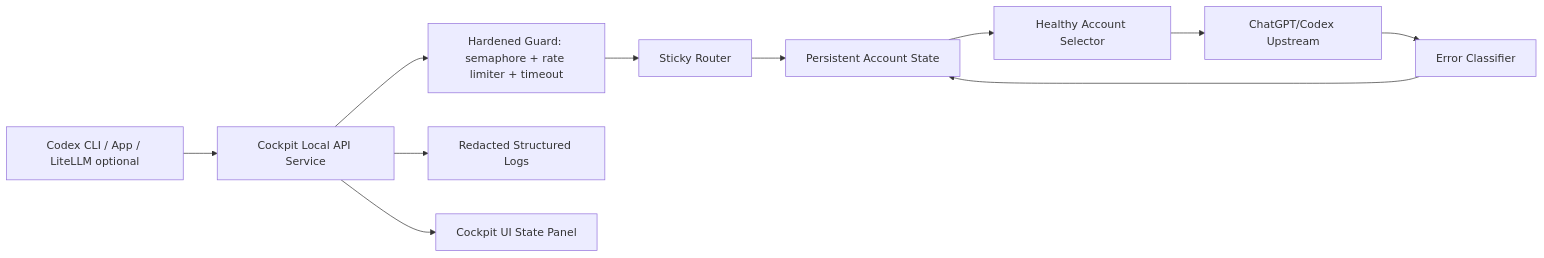
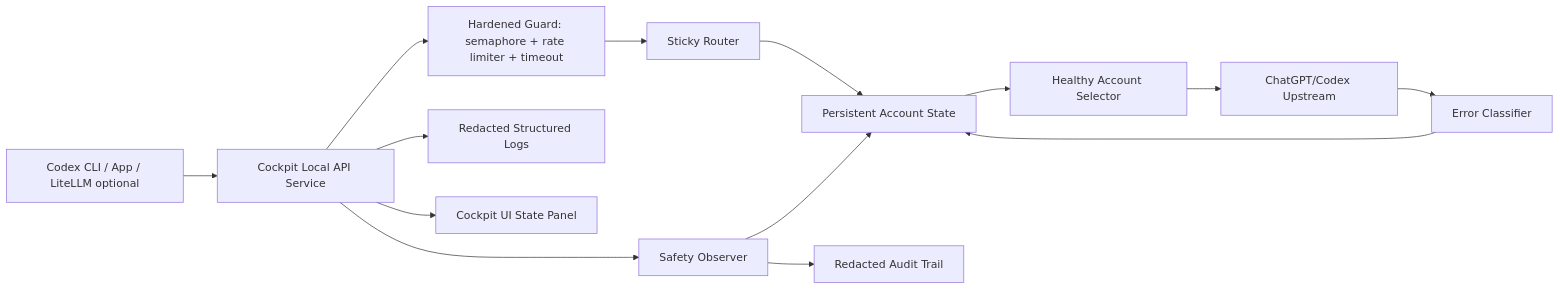
Before and after one commit to sciman-top/cockpit-tools-local: the diagram in docs/LOCAL_HARDENED_API_ROADMAP.md, drawn with Mermaid. The commit also changed other lines of this file and 15 other files, not shown here.

Commit message:
feat(codex): harden local api service routing

````diff
--- a/docs/LOCAL_HARDENED_API_ROADMAP.md
+++ b/docs/LOCAL_HARDENED_API_ROADMAP.md
@@ -56,13 +74,16 @@
 ```mermaid
 flowchart LR
   Client["Codex CLI / App / LiteLLM optional"] --> LocalAPI["Cockpit Local API Service"]
   LocalAPI --> Guard["Hardened Guard: semaphore + rate limiter + timeout"]
   Guard --> Router["Sticky Router"]
   Router --> State["Persistent Account State"]
   State --> Selector["Healthy Account Selector"]
   Selector --> Upstream["ChatGPT/Codex Upstream"]
   Upstream --> Classifier["Error Classifier"]
   Classifier --> State
+  LocalAPI --> Observer["Safety Observer"]
+  Observer --> Audit["Redacted Audit Trail"]
+  Observer --> State
   LocalAPI --> Logs["Redacted Structured Logs"]
   LocalAPI --> UI["Cockpit UI State Panel"]
 ```
````
